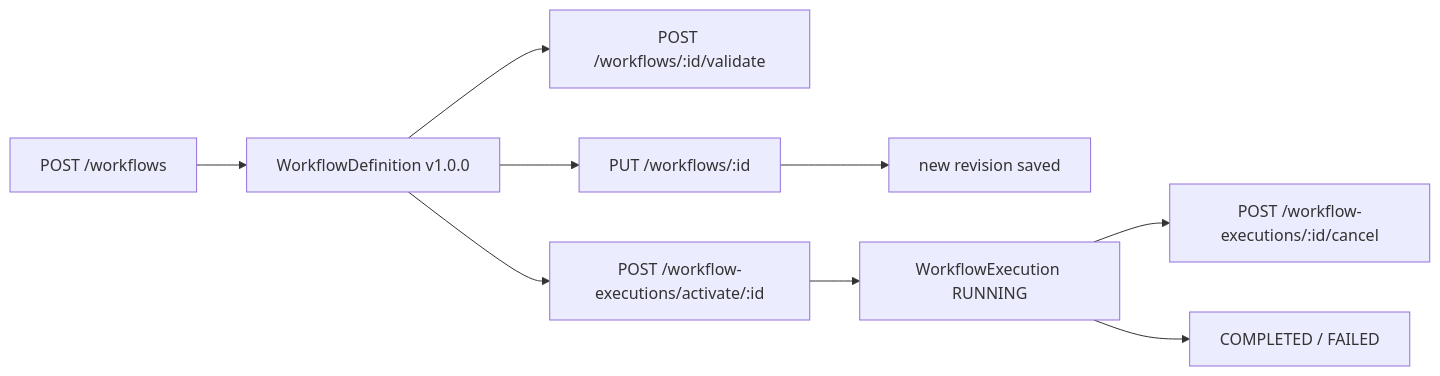
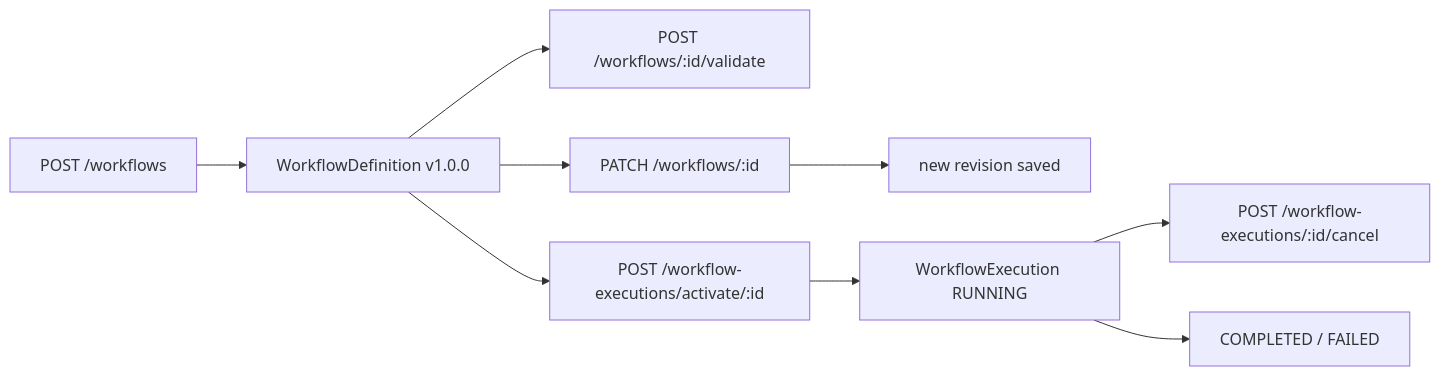
The diagram in docs/guides/workflow-api.md (Aureliolo/synthorg), drawn with Mermaid before and after one commit. The commit also changed other lines of this file and 140 other files, not shown here.

````diff
--- a/docs/guides/workflow-api.md
+++ b/docs/guides/workflow-api.md
@@ -30,11 +30,11 @@
 ```mermaid
 flowchart LR
     Create[POST /workflows] --> Draft[WorkflowDefinition v1.0.0]
     Draft --> Validate[POST /workflows/:id/validate]
-    Draft --> Update[PUT /workflows/:id]
+    Draft --> Update[PATCH /workflows/:id]
     Update --> Version[new revision saved]
     Draft --> Activate[POST /workflow-executions/activate/:id]
     Activate --> Running[WorkflowExecution RUNNING]
     Running --> Cancel[POST /workflow-executions/:id/cancel]
     Running --> Done[COMPLETED / FAILED]
 ```
````
